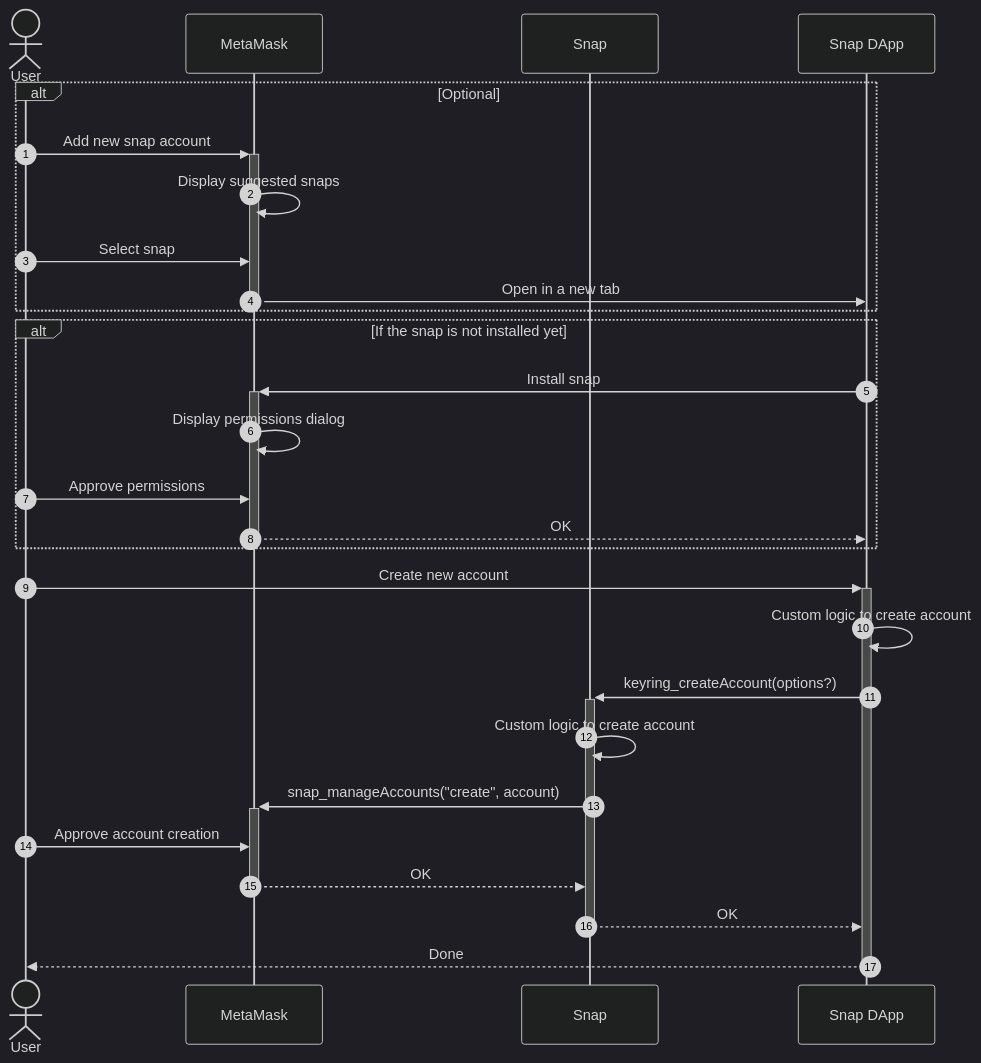
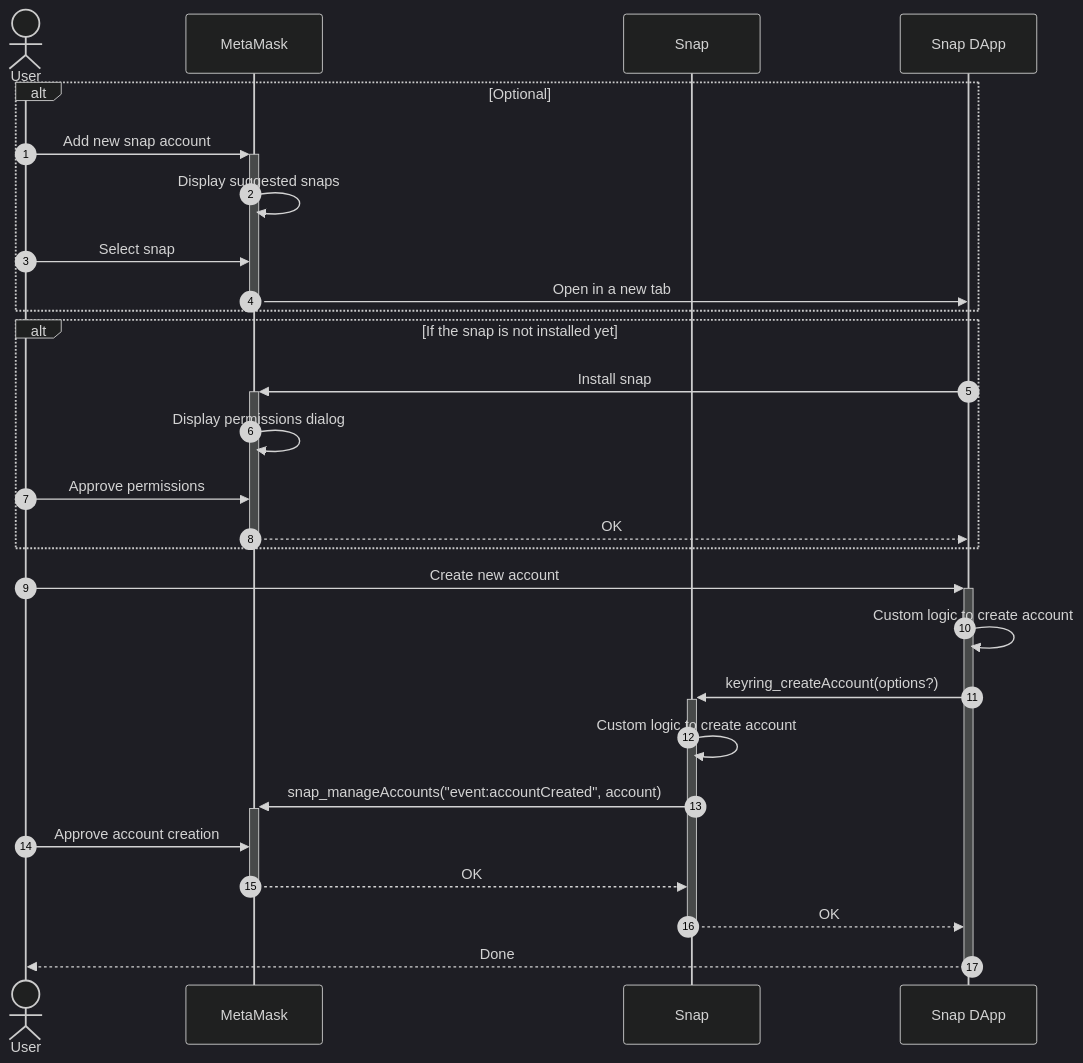
Before and after one commit to MetaMask/keyring-api: the second of 4 diagrams in docs/architecture.md, drawn with Mermaid (dark theme). The commit also changed other lines of this file, not shown here.

Commit message:
docs: update events in sequence diagram

````diff
--- a/docs/architecture.md
+++ b/docs/architecture.md
@@ -55,34 +55,34 @@
 ```mermaid
 sequenceDiagram
 autonumber
 
 actor User
 participant MetaMask
 participant Snap
 participant Site as Snap DApp
 
 alt Optional
   User ->>+ MetaMask: Add new snap account
   MetaMask ->> MetaMask: Display suggested snaps
   User ->> MetaMask: Select snap
   MetaMask ->> Site: Open in a new tab
   deactivate MetaMask
 end
 
 alt If the snap is not installed yet
   Site ->>+ MetaMask: Install snap
   MetaMask ->> MetaMask: Display permissions dialog
   User ->> MetaMask: Approve permissions
   MetaMask -->>- Site: OK
 end
 
 User ->>+ Site: Create new account
 Site ->> Site: Custom logic to create account
 Site ->>+ Snap: keyring_createAccount(options?)
 Snap ->> Snap: Custom logic to create account
-Snap ->>+ MetaMask: snap_manageAccounts("create", account)
+Snap ->>+ MetaMask: snap_manageAccounts("event:accountCreated", account)
 User ->> MetaMask: Approve account creation
 MetaMask -->>- Snap: OK
 Snap -->>- Site: OK
 Site -->>- User: Done
 ```
````
